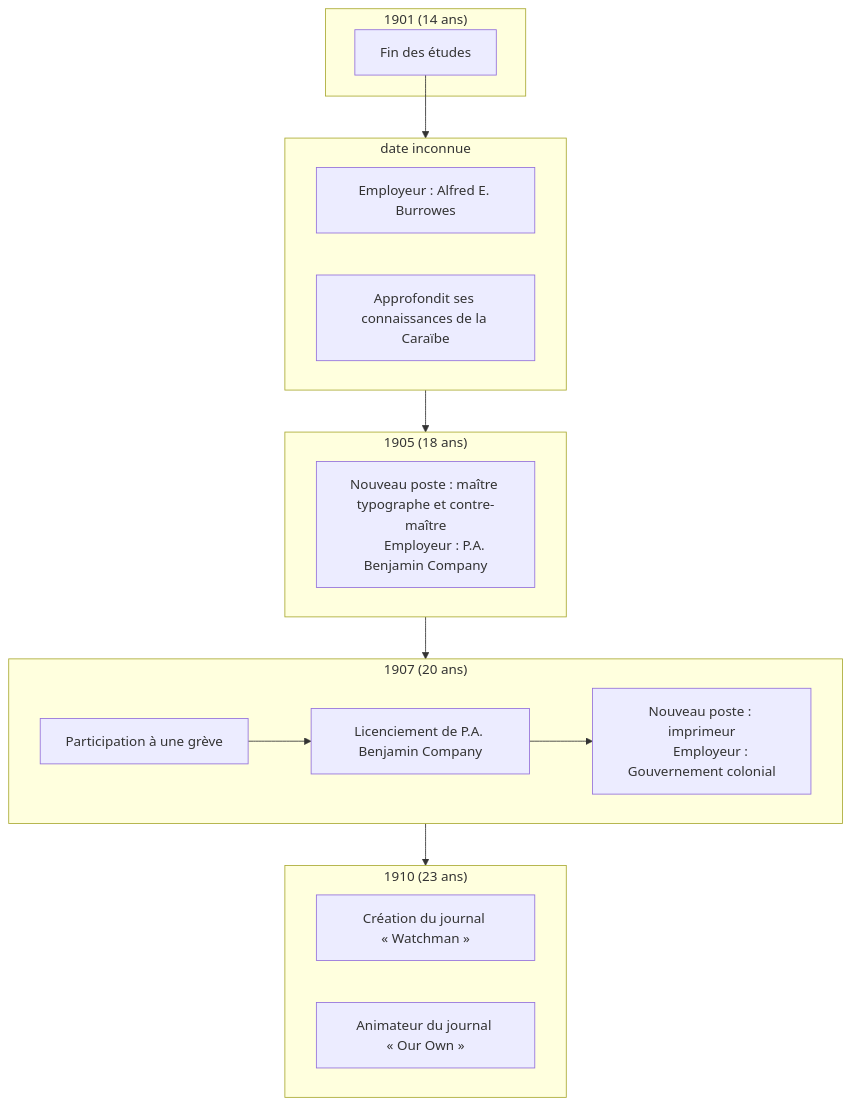
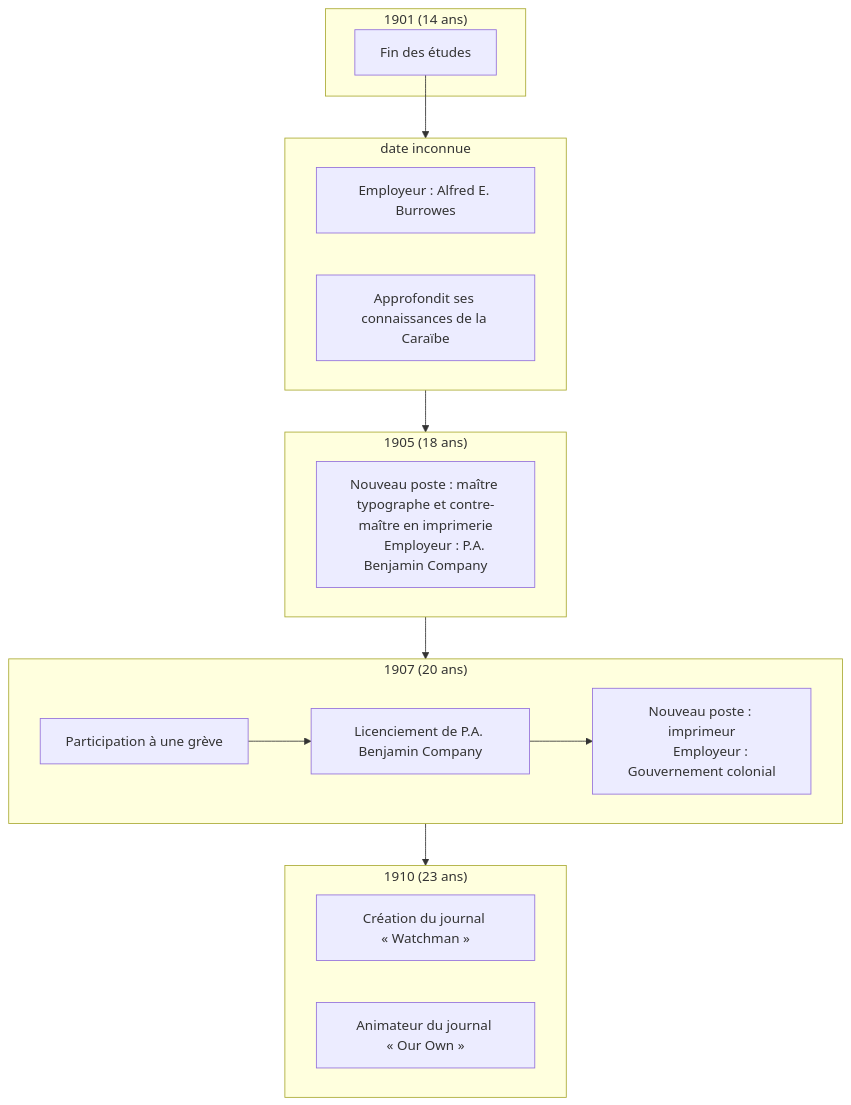
One commit to ba-moun/Ba-Moun-Save changed the second of 3 diagrams in en-cours/personnalite/homme/polymathe/caraibes/midi/colonie/xamayca/marcus-gavey.md. Above: the diagram before and after it, drawn with Mermaid. The commit also changed other lines of this file, not shown here.

````diff
--- a/en-cours/personnalite/homme/polymathe/caraibes/midi/colonie/xamayca/marcus-gavey.md
+++ b/en-cours/personnalite/homme/polymathe/caraibes/midi/colonie/xamayca/marcus-gavey.md
@@ -75,35 +75,35 @@
 ```mermaid
 flowchart TB
 
    subgraph "1901 (14 ans)"
       id0["Fin des études"]
    end
    
    subgraph id2["date inconnue"]
       id1["Employeur : Alfred E. Burrowes"]
       id3["Approfondit ses connaissances de la Caraïbe"]
    end
    
    subgraph id4["1905 (18 ans)"]
-      id5["Nouveau poste : maître typographe et contre-maître
+      id5["Nouveau poste : maître typographe et contre-maître en imprimerie
       Employeur : P.A. Benjamin Company"]
    end
    
    subgraph id7["1907 (20 ans)"]
       id6["Participation à une grève"] --> id8["Licenciement de P.A. Benjamin Company"]
       id9["Nouveau poste : imprimeur
       Employeur : Gouvernement colonial"]
    end
    
    subgraph id10["1910 (23 ans)"]
       id11["Création du journal « Watchman »"]
       id12["Animateur du journal « Our Own »"]
    end
    
    id0 --> id2
    id2 --> id4
    id4 --> id7
    id8 --> id9
    id7 --> id10
 
 ```
````
